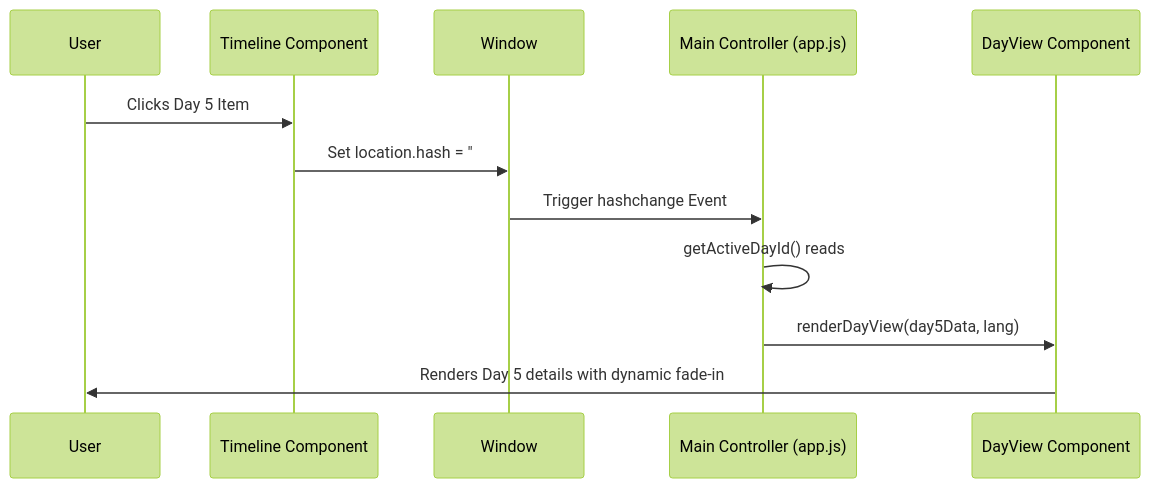
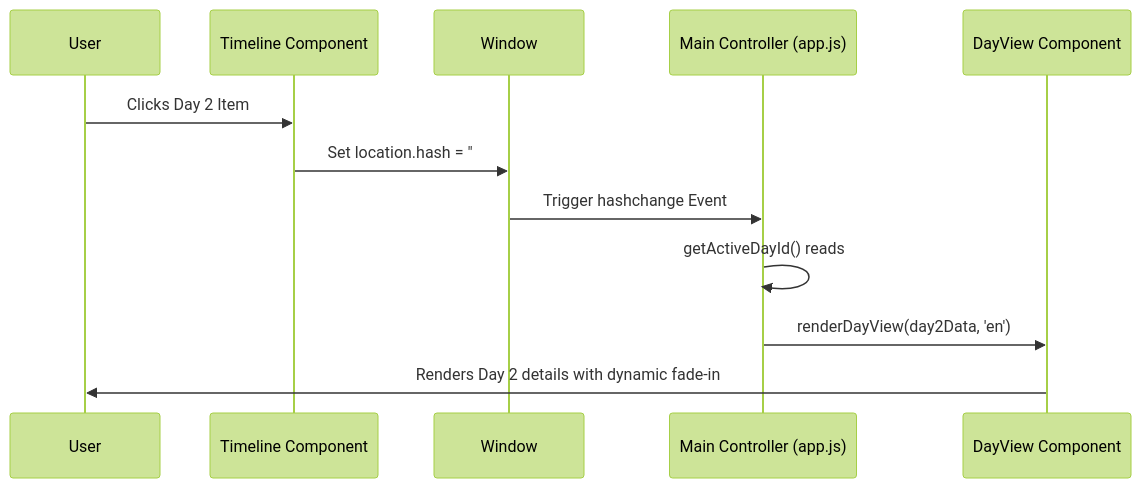
One commit to tsarevfs/bergen-trip-planner changed the diagram in AGENTS.md. Above: the diagram before and after it, drawn with Mermaid (forest theme). The commit also changed other lines of this file, not shown here.

````diff
--- a/AGENTS.md
+++ b/AGENTS.md
@@ -91,15 +89,15 @@
 ```mermaid
 sequenceDiagram
     participant User
     participant Timeline Component
     participant Window
     participant Main Controller (app.js)
     participant DayView Component
 
-    User->>Timeline Component: Clicks Day 5 Item
-    Timeline Component->>Window: Set location.hash = "#day-5"
+    User->>Timeline Component: Clicks Day 2 Item
+    Timeline Component->>Window: Set location.hash = "#day-2"
     Window->>Main Controller (app.js): Trigger hashchange Event
-    Main Controller (app.js)->>Main Controller (app.js): getActiveDayId() reads #day-5
-    Main Controller (app.js)->>DayView Component: renderDayView(day5Data, lang)
-    DayView Component->>User: Renders Day 5 details with dynamic fade-in
+    Main Controller (app.js)->>Main Controller (app.js): getActiveDayId() reads #day-2
+    Main Controller (app.js)->>DayView Component: renderDayView(day2Data, 'en')
+    DayView Component->>User: Renders Day 2 details with dynamic fade-in
 ```
````
